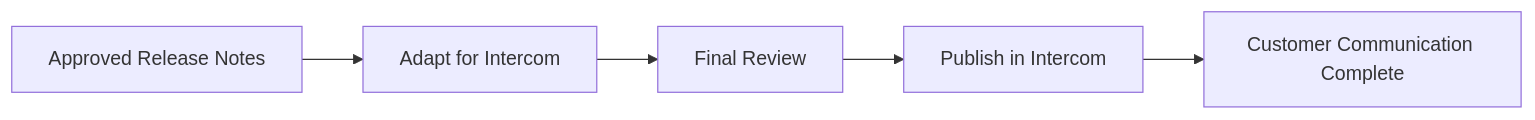
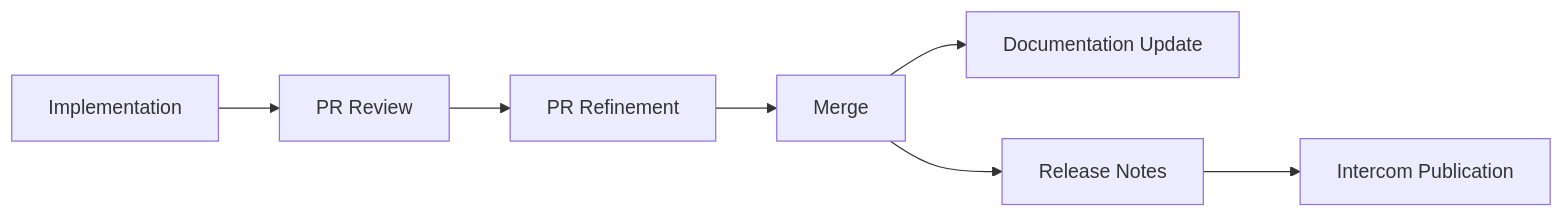
One commit to refat-asadullah-creolytix-dev/refat-asadullah-creolytix-dev changed diagram 15 of 18 in creolytix-ai-delivery-model.md. Above: the diagram before and after it, drawn with Mermaid. The commit also changed other lines of this file, not shown here.

````diff
--- a/creolytix-ai-delivery-model.md
+++ b/creolytix-ai-delivery-model.md
@@ -774,7 +437,9 @@
 ```mermaid
 flowchart LR
-    A[Approved Release Notes] --> B[Adapt for Intercom]
-    B --> C[Final Review]
-    C --> D[Publish in Intercom]
-    D --> E[Customer Communication Complete]
+    A[Implementation] --> B[PR Review]
+    B --> C[PR Refinement]
+    C --> D[Merge]
+    D --> E[Documentation Update]
+    D --> F[Release Notes]
+    F --> G[Intercom Publication]
 ```
````
